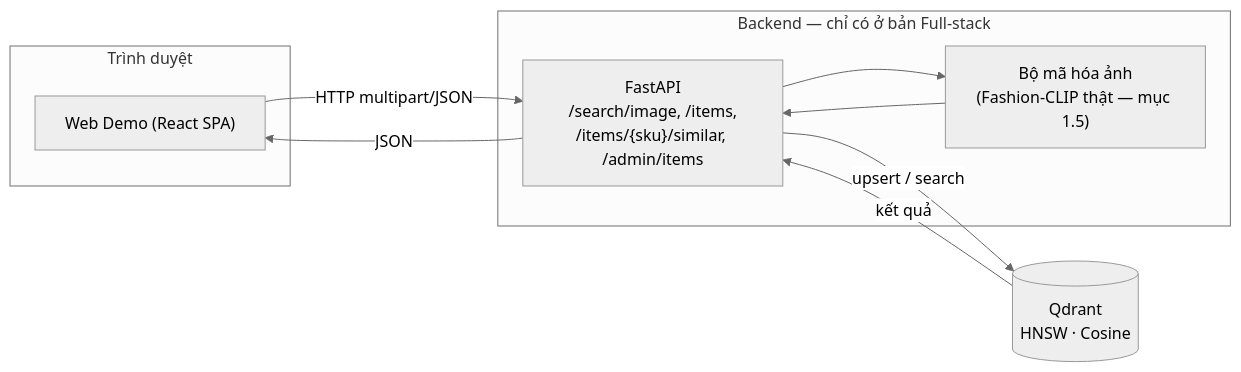
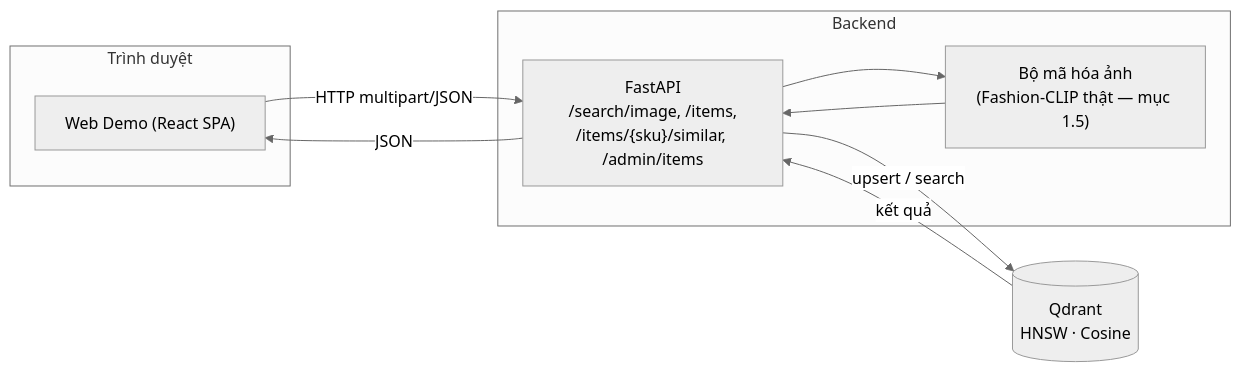
Before and after one commit to hotdua147/SoftwareEngineering: the first of 5 diagrams in README.md, drawn with Mermaid (neutral theme). The commit also changed other lines of this file, not shown here.

````diff
--- a/README.md
+++ b/README.md
@@ -88,20 +94,20 @@
 ```mermaid
 flowchart LR
     subgraph Client["Trình duyệt"]
         WEB["Web Demo (React SPA)"]
     end
 
-    subgraph Server["Backend — chỉ có ở bản Full-stack"]
+    subgraph Server["Backend"]
         API["FastAPI<br/>/search/image, /items,<br/>/items/{sku}/similar, /admin/items"]
         ENC["Bộ mã hóa ảnh<br/>(Fashion-CLIP thật — mục 1.5)"]
         API --> ENC
         ENC --> API
     end
 
     DB[("Qdrant<br/>HNSW · Cosine")]
 
     WEB -- "HTTP multipart/JSON" --> API
     API -- "JSON" --> WEB
     API -- "upsert / search" --> DB
     DB -- "kết quả" --> API
 ```
````
